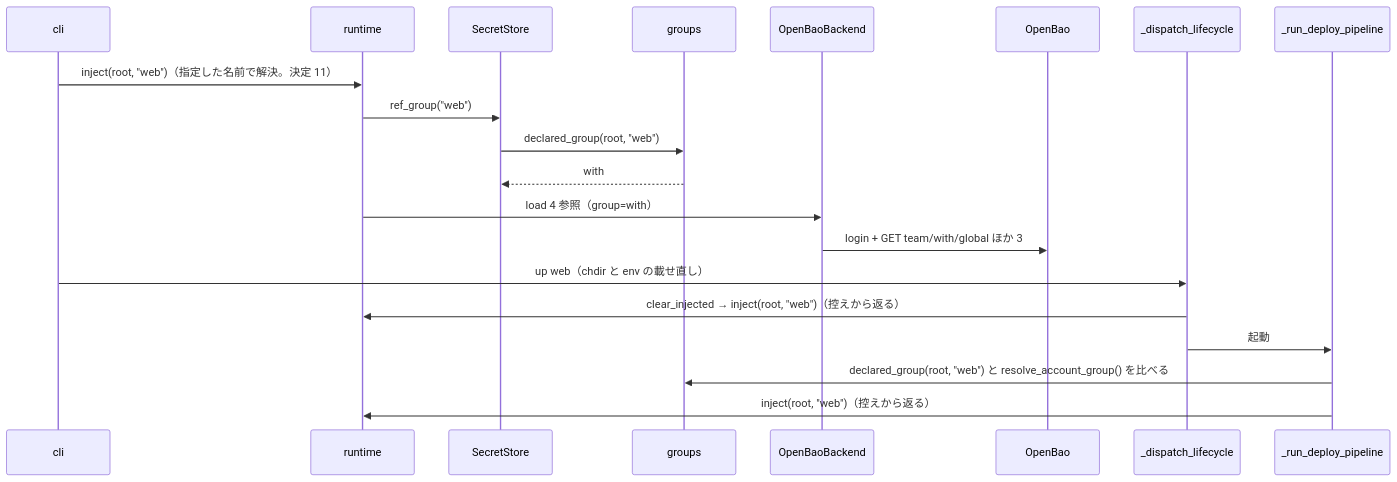
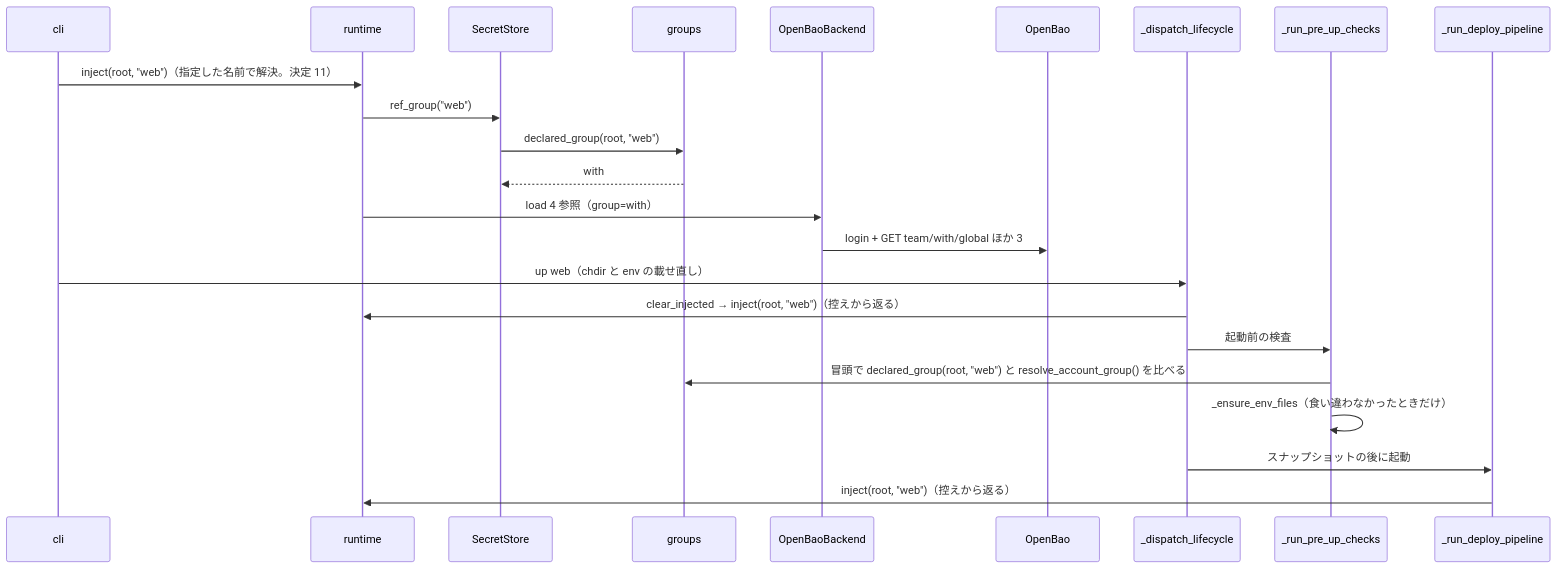
Before and after one commit to devbasex/devbase: the third of 4 diagrams in issues/PLAN56_secret-group-paths-design.md, drawn with Mermaid. The commit also changed other lines of this file, not shown here.

````diff
--- a/issues/PLAN56_secret-group-paths-design.md
+++ b/issues/PLAN56_secret-group-paths-design.md
@@ -319,22 +322,25 @@
 ```mermaid
 sequenceDiagram
     participant CLI as cli
     participant RT as runtime
     participant ST as SecretStore
     participant GR as groups
     participant OB as OpenBaoBackend
     participant SRV as OpenBao
     participant DL as _dispatch_lifecycle
+    participant PRE as _run_pre_up_checks
     participant DEP as _run_deploy_pipeline
     CLI->>RT: inject(root, "web")（指定した名前で解決。決定 11）
     RT->>ST: ref_group("web")
     ST->>GR: declared_group(root, "web")
     GR-->>ST: with
     RT->>OB: load 4 参照（group=with）
     OB->>SRV: login + GET team/with/global ほか 3
     CLI->>DL: up web（chdir と env の載せ直し）
     DL->>RT: clear_injected → inject(root, "web")（控えから返る）
-    DL->>DEP: 起動
-    DEP->>GR: declared_group(root, "web") と resolve_account_group() を比べる
+    DL->>PRE: 起動前の検査
+    PRE->>GR: 冒頭で declared_group(root, "web") と resolve_account_group() を比べる
+    PRE->>PRE: _ensure_env_files（食い違わなかったときだけ）
+    DL->>DEP: スナップショットの後に起動
     DEP->>RT: inject(root, "web")（控えから返る）
 ```
````
